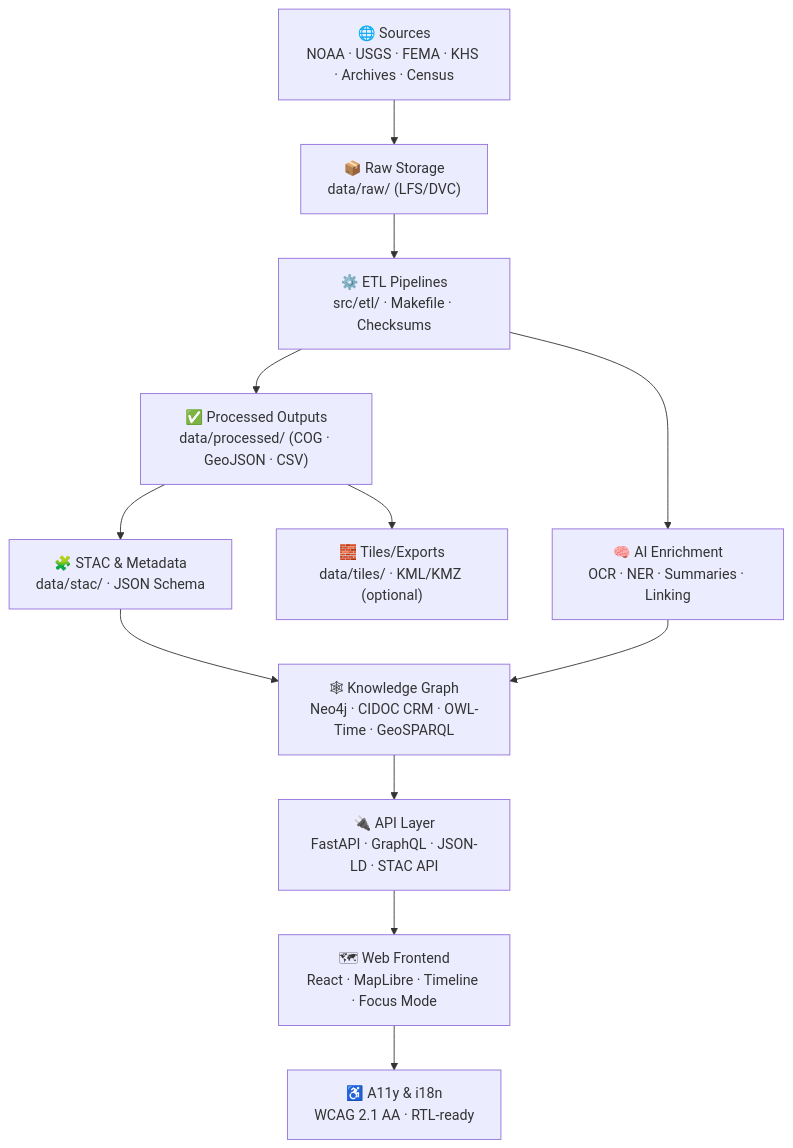
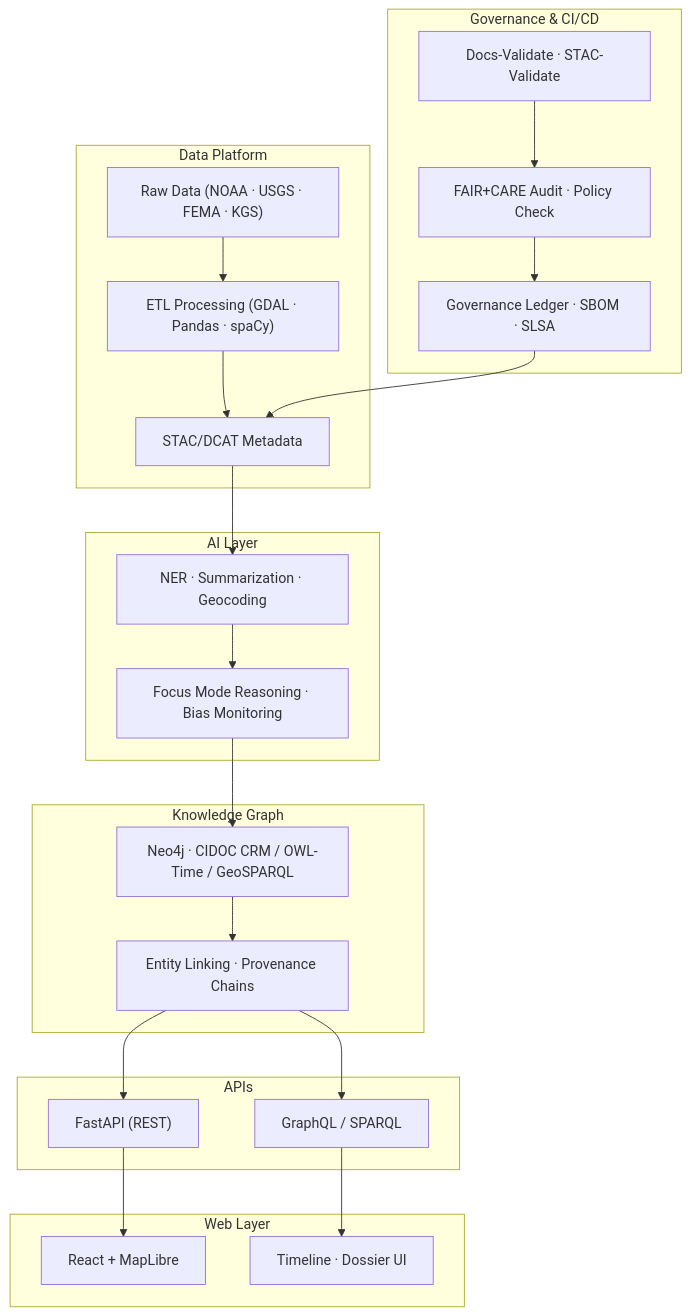
One commit to bartytime4life/Kansas-Frontier-Matrix changed the first of 3 diagrams in docs/architecture/architecture.md. Above: the diagram before and after it, drawn with Mermaid. The commit also changed other lines of this file, not shown here.

````diff
--- a/docs/architecture/architecture.md
+++ b/docs/architecture/architecture.md
@@ -71,14 +64,38 @@
 ```mermaid
 flowchart TD
-  A["🌐 Sources<br/>NOAA · USGS · FEMA · KHS · Archives · Census"] --> B["📦 Raw Storage<br/>data/raw/ (LFS/DVC)"]
-  B --> C["⚙️ ETL Pipelines<br/>src/etl/ · Makefile · Checksums"]
-  C --> D["✅ Processed Outputs<br/>data/processed/ (COG · GeoJSON · CSV)"]
-  D --> E["🧩 STAC & Metadata<br/>data/stac/ · JSON Schema"]
-  C --> I["🧠 AI Enrichment<br/>OCR · NER · Summaries · Linking"]
-  E --> H["🕸 Knowledge Graph<br/>Neo4j · CIDOC CRM · OWL-Time · GeoSPARQL"]
-  I --> H
-  H --> J["🔌 API Layer<br/>FastAPI · GraphQL · JSON-LD · STAC API"]
-  J --> F["🗺 Web Frontend<br/>React · MapLibre · Timeline · Focus Mode"]
-  F --> G["♿ A11y & i18n<br/>WCAG 2.1 AA · RTL-ready"]
-  D --> K["🧱 Tiles/Exports<br/>data/tiles/ · KML/KMZ (optional)"]
+  subgraph DATA["Data Platform"]
+    D1["Raw Data (NOAA · USGS · FEMA · KGS)"]
+    D2["ETL Processing (GDAL · Pandas · spaCy)"]
+    D3["STAC/DCAT Metadata"]
+  end
+
+  subgraph AI["AI Layer"]
+    A1["NER · Summarization · Geocoding"]
+    A2["Focus Mode Reasoning · Bias Monitoring"]
+  end
+
+  subgraph GRAPH["Knowledge Graph"]
+    G1["Neo4j · CIDOC CRM / OWL-Time / GeoSPARQL"]
+    G2["Entity Linking · Provenance Chains"]
+  end
+
+  subgraph API["APIs"]
+    P1["FastAPI (REST)"]
+    P2["GraphQL / SPARQL"]
+  end
+
+  subgraph WEB["Web Layer"]
+    W1["React + MapLibre"]
+    W2["Timeline · Dossier UI"]
+  end
+
+  subgraph GOV["Governance & CI/CD"]
+    C1["Docs-Validate · STAC-Validate"]
+    C2["FAIR+CARE Audit · Policy Check"]
+    C3["Governance Ledger · SBOM · SLSA"]
+  end
+
+  D1 --> D2 --> D3 --> A1 --> A2 --> G1 --> G2 --> P1 --> W1
+  G2 --> P2 --> W2
+  C1 --> C2 --> C3 --> D3
 ```
````
